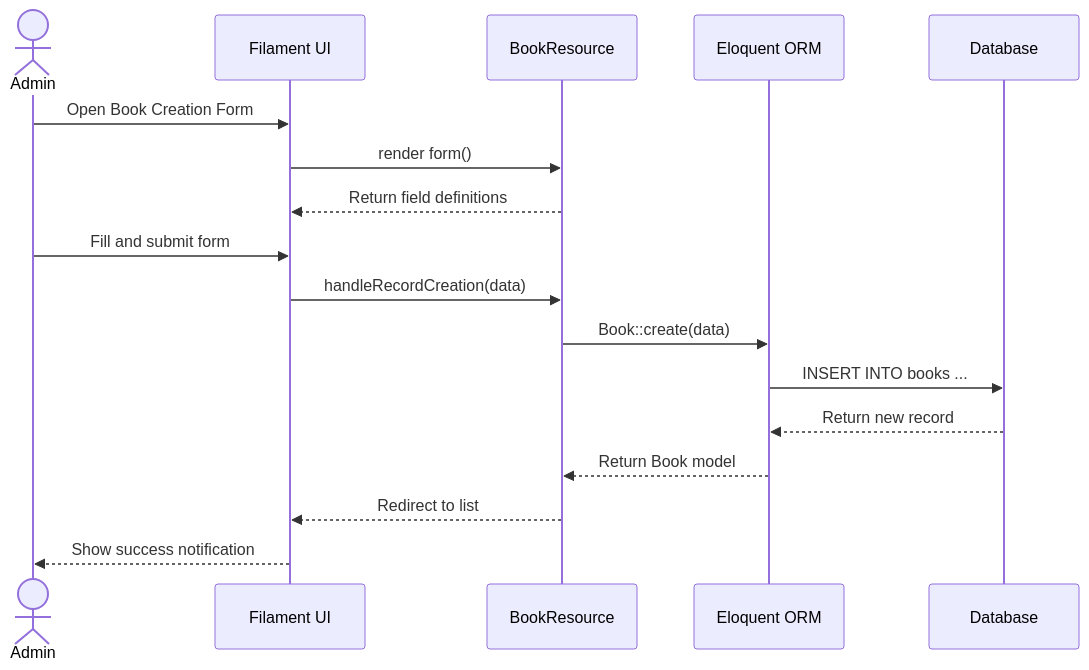
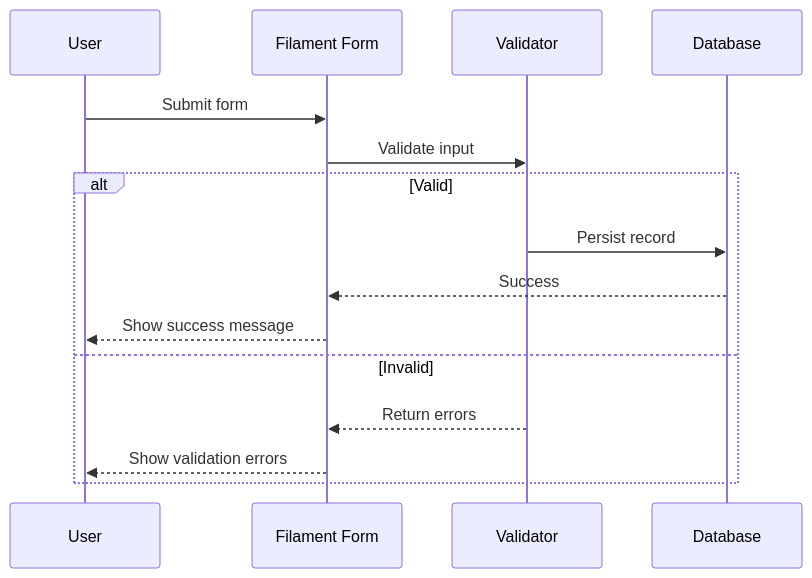
Before and after one commit to dxnz-id/porto: the third of 3 diagrams in src/content/blog/building-digital-library-laravel-filament.mdx, drawn with Mermaid. The commit also changed other lines of this file and 1 other file, not shown here.

````diff
--- a/src/content/blog/building-digital-library-laravel-filament.mdx
+++ b/src/content/blog/building-digital-library-laravel-filament.mdx
@@ -39,20 +133,18 @@
 ```mermaid
 sequenceDiagram
-    actor Admin
-    participant FilamentUI as Filament UI
-    participant BookResource as BookResource
-    participant Eloquent as Eloquent ORM
+    participant U as User
+    participant F as Filament Form
+    participant V as Validator
     participant DB as Database
 
-    Admin->>FilamentUI: Open Book Creation Form
-    FilamentUI->>BookResource: render form()
-    BookResource-->>FilamentUI: Return field definitions
-    Admin->>FilamentUI: Fill and submit form
-    FilamentUI->>BookResource: handleRecordCreation(data)
-    BookResource->>Eloquent: Book::create(data)
-    Eloquent->>DB: INSERT INTO books ...
-    DB-->>Eloquent: Return new record
-    Eloquent-->>BookResource: Return Book model
-    BookResource-->>FilamentUI: Redirect to list
-    FilamentUI-->>Admin: Show success notification
+    U->>F: Submit form
+    F->>V: Validate input
+    alt Valid
+        V->>DB: Persist record
+        DB-->>F: Success
+        F-->>U: Show success message
+    else Invalid
+        V-->>F: Return errors
+        F-->>U: Show validation errors
+    end
 ```
````
